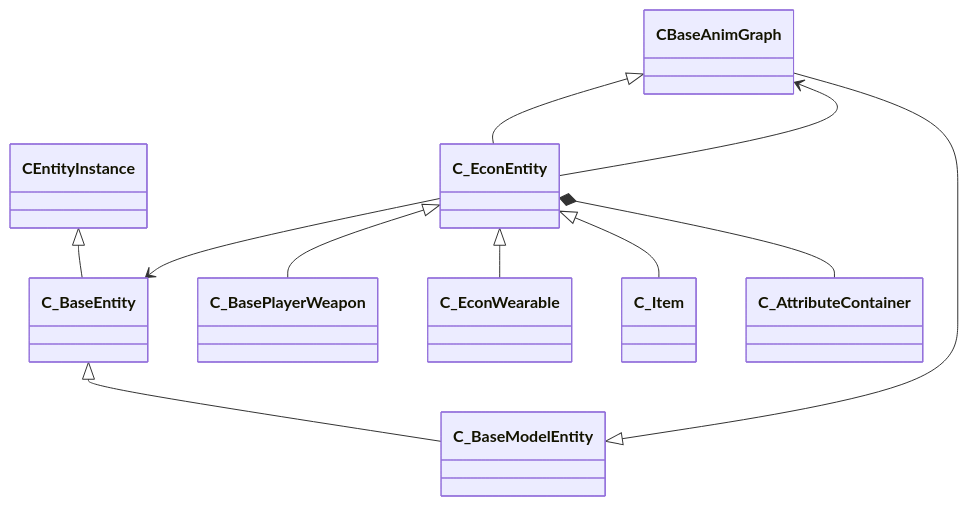
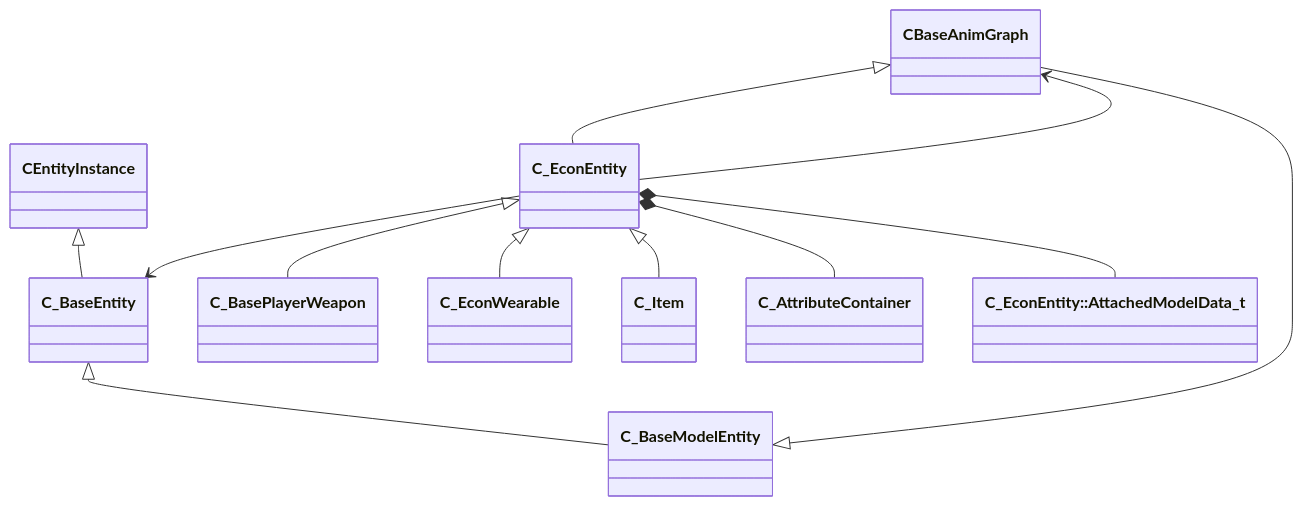
The diagram in docs/generated/schemas/client/C_EconEntity.md (CS2OpenDev/CS2OpenDev-Docs), drawn with Mermaid before and after one commit. The commit also changed other lines of this file and 4525 other files, not shown here.

````diff
--- a/docs/generated/schemas/client/C_EconEntity.md
+++ b/docs/generated/schemas/client/C_EconEntity.md
@@ -19,13 +21,14 @@
 ```mermaid
 classDiagram
     CBaseAnimGraph <|-- C_EconEntity
     C_BaseModelEntity <|-- CBaseAnimGraph
     C_BaseEntity <|-- C_BaseModelEntity
     CEntityInstance <|-- C_BaseEntity
     C_EconEntity <|-- C_BasePlayerWeapon
     C_EconEntity <|-- C_EconWearable
     C_EconEntity <|-- C_Item
     C_EconEntity *-- C_AttributeContainer
     C_EconEntity --> CBaseAnimGraph
     C_EconEntity --> C_BaseEntity
+    C_EconEntity *-- `C_EconEntity::AttachedModelData_t`
 ```
````
